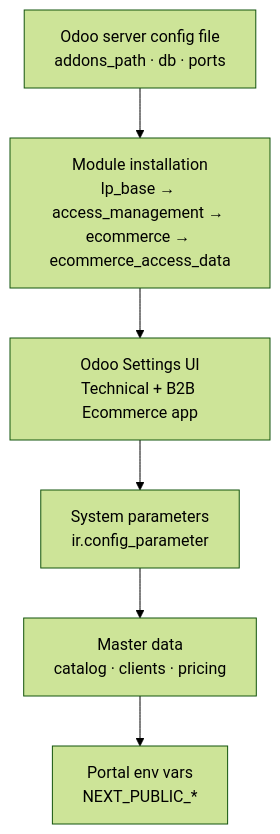
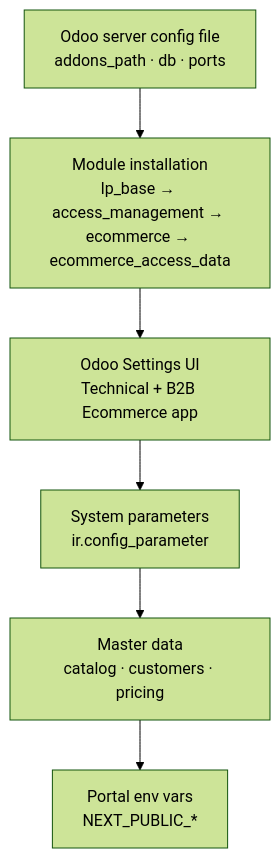
The first of 2 diagrams in docs/b2b_ecommerce_docs/_technical_docs/013-Master-Data-and-Configuration.md (LaplaceSoftware/lp_projects_docs), drawn with Mermaid (forest theme) before and after one commit. The commit also changed other lines of this file and 48 other files, not shown here.

````diff
--- a/docs/b2b_ecommerce_docs/_technical_docs/013-Master-Data-and-Configuration.md
+++ b/docs/b2b_ecommerce_docs/_technical_docs/013-Master-Data-and-Configuration.md
@@ -9,8 +9,8 @@
 ```mermaid
 flowchart TB
     A["Odoo server config file<br/>addons_path · db · ports"] --> B["Module installation<br/>lp_base → access_management → ecommerce → ecommerce_access_data"]
     B --> C["Odoo Settings UI<br/>Technical + B2B Ecommerce app"]
     C --> D["System parameters<br/>ir.config_parameter"]
-    D --> E["Master data<br/>catalog · clients · pricing"]
+    D --> E["Master data<br/>catalog · customers · pricing"]
     E --> F["Portal env vars<br/>NEXT_PUBLIC_*"]
 ```
````
